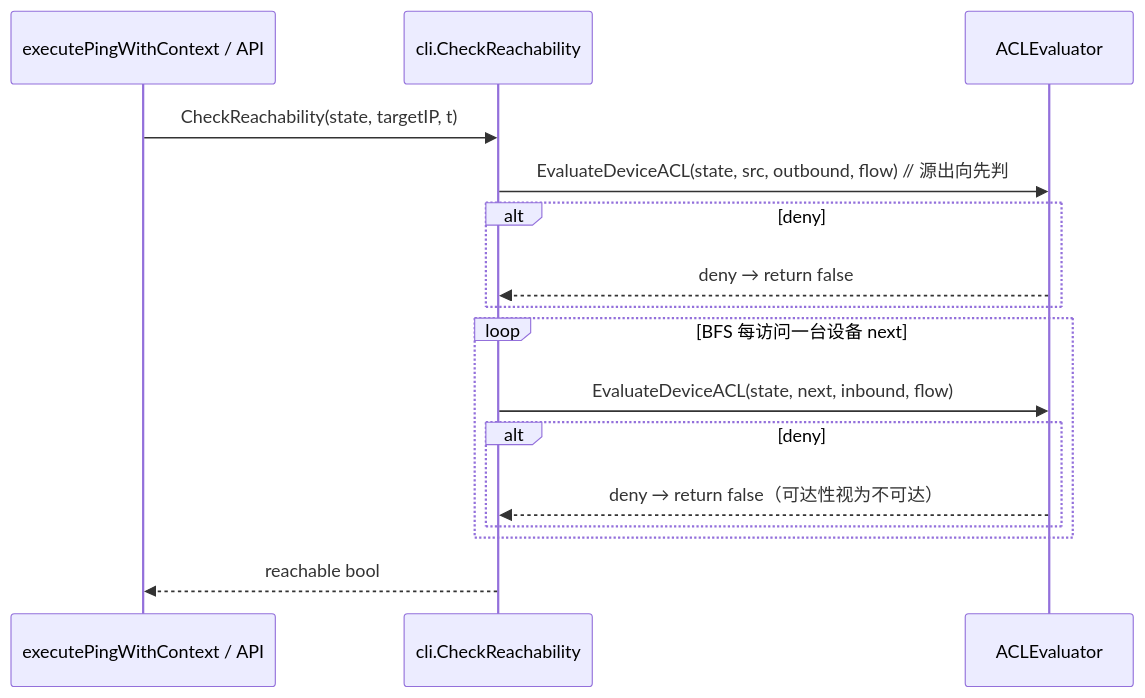
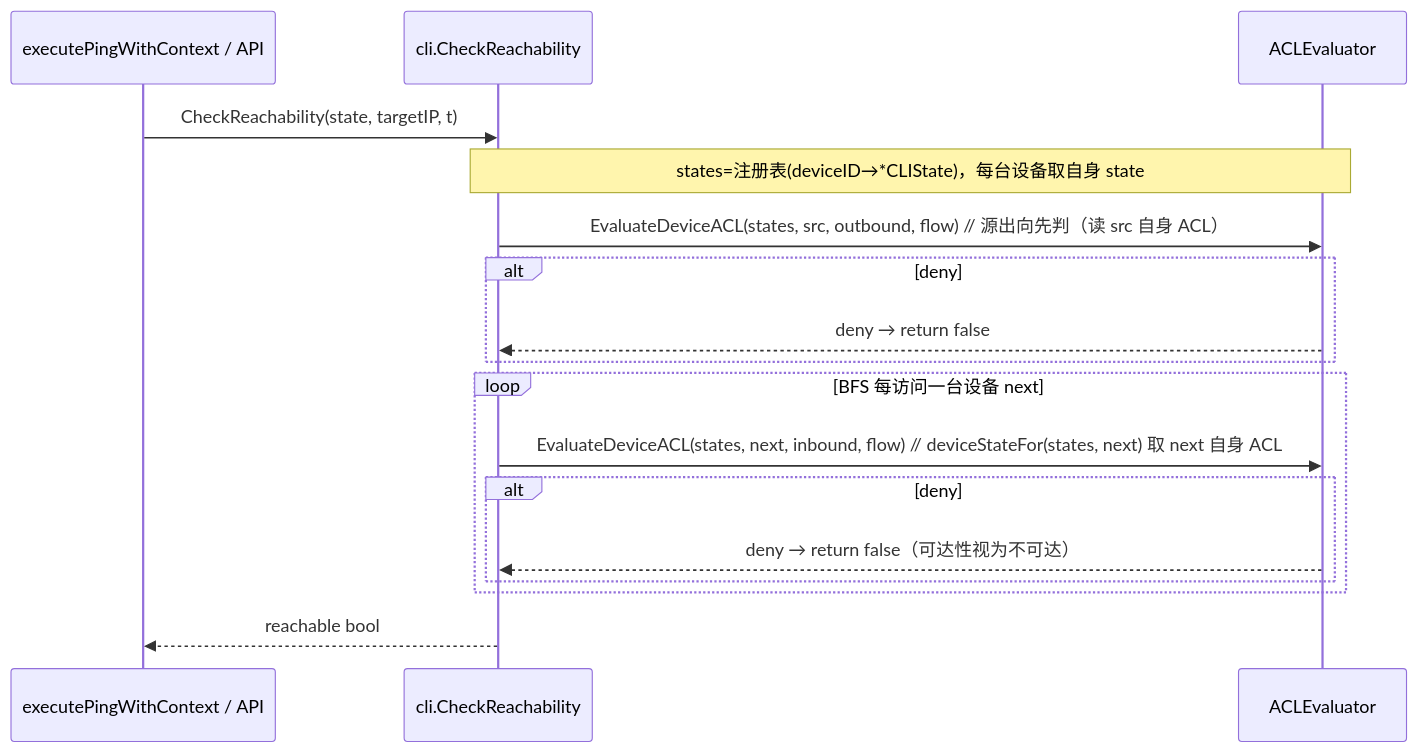
The fourth of 4 diagrams in docs/p1c-firewall-design.md (linhao616/ensp-lab), drawn with Mermaid before and after one commit. The commit also changed other lines of this file, not shown here.

First line of the commit message:
docs: 同步 P1-C 防火墙设计文档签名至 CLIState 注册表版本

````diff
--- a/docs/p1c-firewall-design.md
+++ b/docs/p1c-firewall-design.md
@@ -261,18 +271,19 @@
 ```mermaid
 sequenceDiagram
     participant P as executePingWithContext / API
     participant CR as cli.CheckReachability
     participant A as ACLEvaluator
     P->>CR: CheckReachability(state, targetIP, t)
-    CR->>A: EvaluateDeviceACL(state, src, outbound, flow)  // 源出向先判
+    Note over CR,A: states=注册表(deviceID→*CLIState)，每台设备取自身 state
+    CR->>A: EvaluateDeviceACL(states, src, outbound, flow)  // 源出向先判（读 src 自身 ACL）
     alt deny
         A-->>CR: deny → return false
     end
     loop BFS 每访问一台设备 next
-        CR->>A: EvaluateDeviceACL(state, next, inbound, flow)
+        CR->>A: EvaluateDeviceACL(states, next, inbound, flow)  // deviceStateFor(states, next) 取 next 自身 ACL
         alt deny
             A-->>CR: deny → return false（可达性视为不可达）
         end
     end
     CR-->>P: reachable bool
 ```
````
